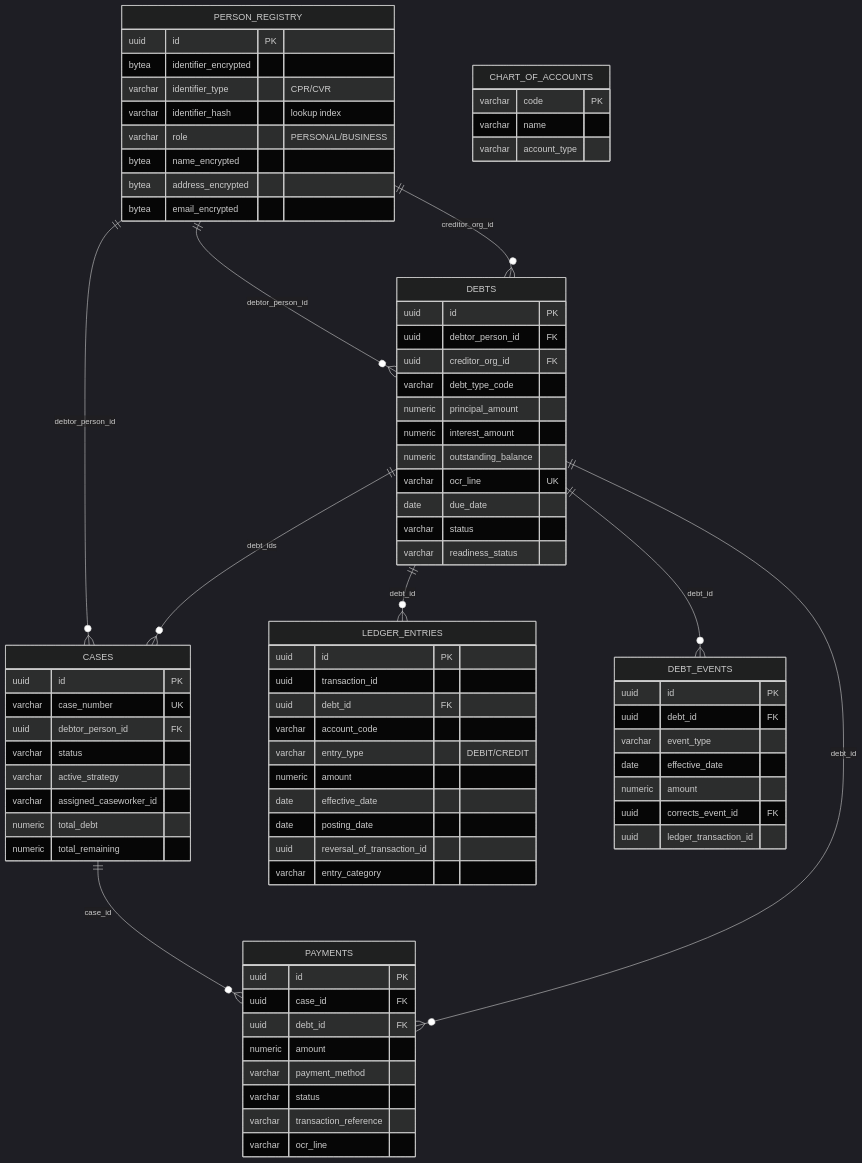
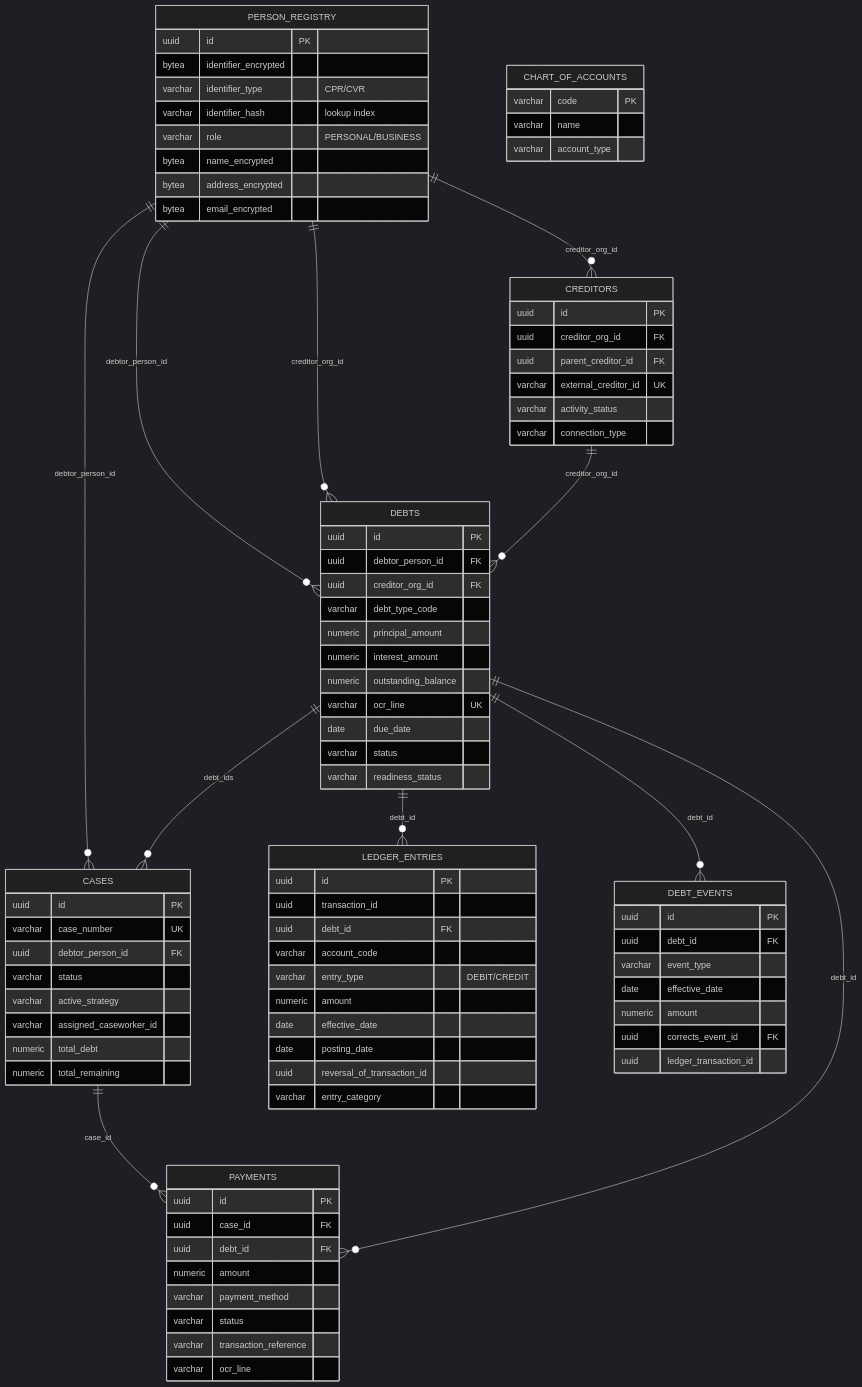
The fourth of 7 diagrams in docs/architecture-overview.md (mfhens/opendebt), drawn with Mermaid (dark theme) before and after one commit. The commit also changed other lines of this file and 32 other files, not shown here.

First line of the commit message:
feat(program): define creditor delivery architecture and W1 artifacts

```diff
--- a/docs/architecture-overview.md
+++ b/docs/architecture-overview.md
@@ -111,7 +151,9 @@
 erDiagram
     PERSON_REGISTRY ||--o{ DEBTS : "debtor_person_id"
     PERSON_REGISTRY ||--o{ DEBTS : "creditor_org_id"
+    PERSON_REGISTRY ||--o{ CREDITORS : "creditor_org_id"
     PERSON_REGISTRY ||--o{ CASES : "debtor_person_id"
+    CREDITORS ||--o{ DEBTS : "creditor_org_id"
     DEBTS ||--o{ CASES : "debt_ids"
     CASES ||--o{ PAYMENTS : "case_id"
     DEBTS ||--o{ PAYMENTS : "debt_id"
@@ -141,6 +183,15 @@
         date due_date
         varchar status
         varchar readiness_status
+    }
+
+    CREDITORS {
+        uuid id PK
+        uuid creditor_org_id FK
+        uuid parent_creditor_id FK
+        varchar external_creditor_id UK
+        varchar activity_status
+        varchar connection_type
     }
 
     CASES {
```
